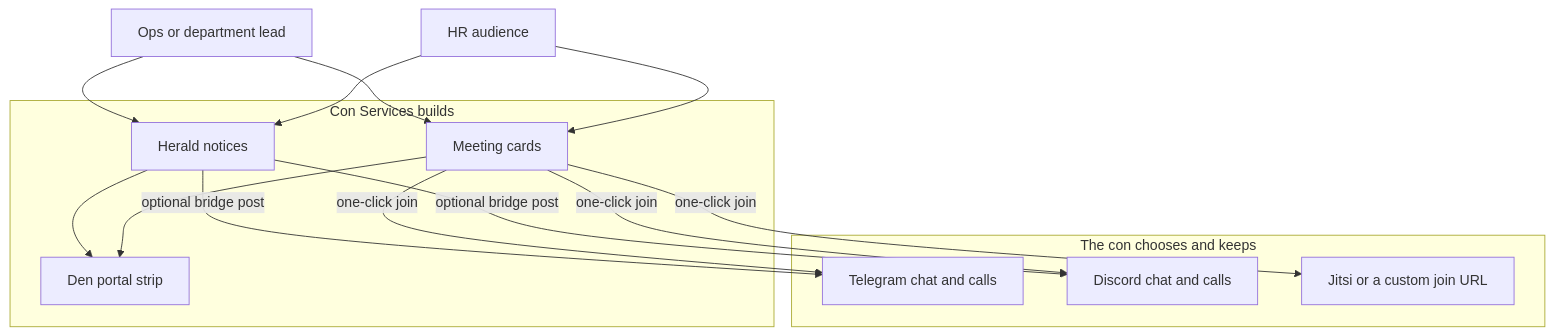
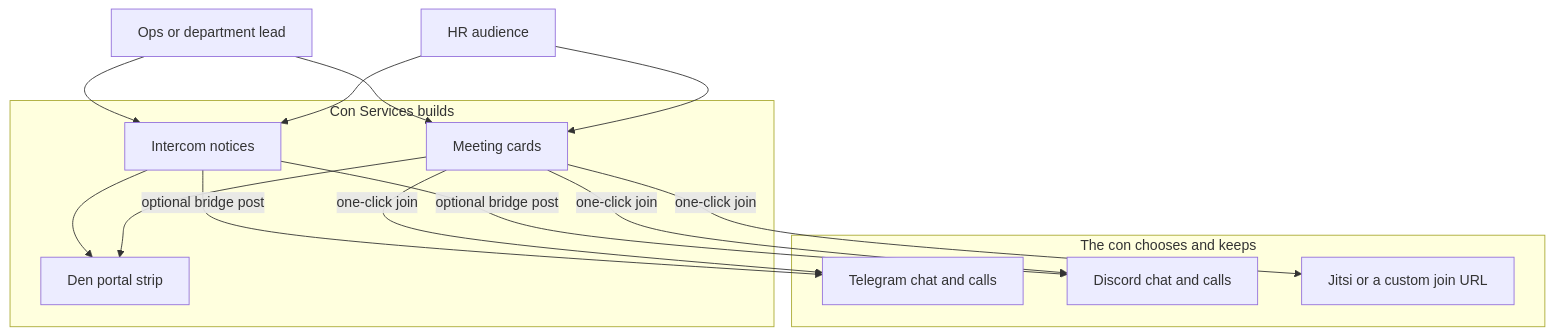
One commit to AGlElectronics/con-services changed the diagram in docs/proposals/staff-communications.md. Above: the diagram before and after it, drawn with Mermaid. The commit also changed other lines of this file and 92 other files, not shown here.

````diff
--- a/docs/proposals/staff-communications.md
+++ b/docs/proposals/staff-communications.md
@@ -28,24 +29,24 @@
 ```mermaid
 flowchart TB
   subgraph build [Con Services builds]
-    herald[Herald notices]
+    intercom[Intercom notices]
     cards[Meeting cards]
     den[Den portal strip]
   end
   subgraph external [The con chooses and keeps]
     tg[Telegram chat and calls]
     disc[Discord chat and calls]
     jitsi[Jitsi or a custom join URL]
   end
-  ops[Ops or department lead] --> herald
+  ops[Ops or department lead] --> intercom
   ops --> cards
-  herald --> den
+  intercom --> den
   cards --> den
-  herald -->|optional bridge post| tg
-  herald -->|optional bridge post| disc
+  intercom -->|optional bridge post| tg
+  intercom -->|optional bridge post| disc
   cards -->|one-click join| tg
   cards -->|one-click join| disc
   cards -->|one-click join| jitsi
-  hr[HR audience] --> herald
+  hr[HR audience] --> intercom
   hr --> cards
 ```
````
